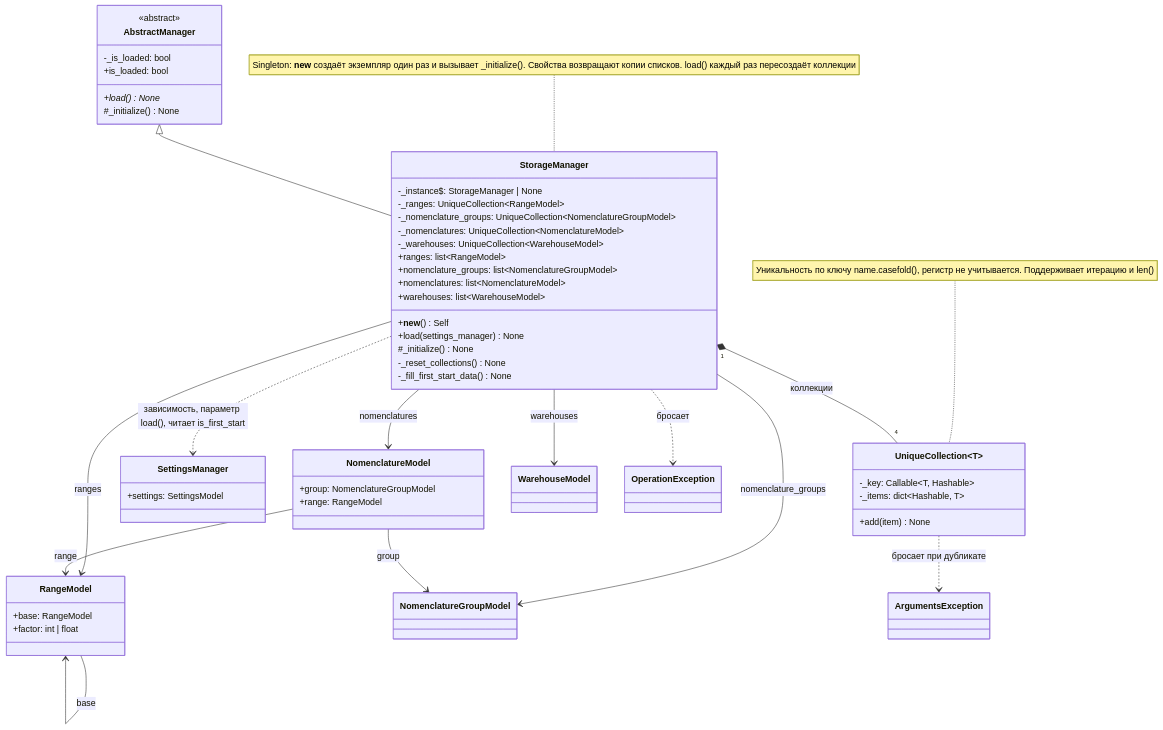
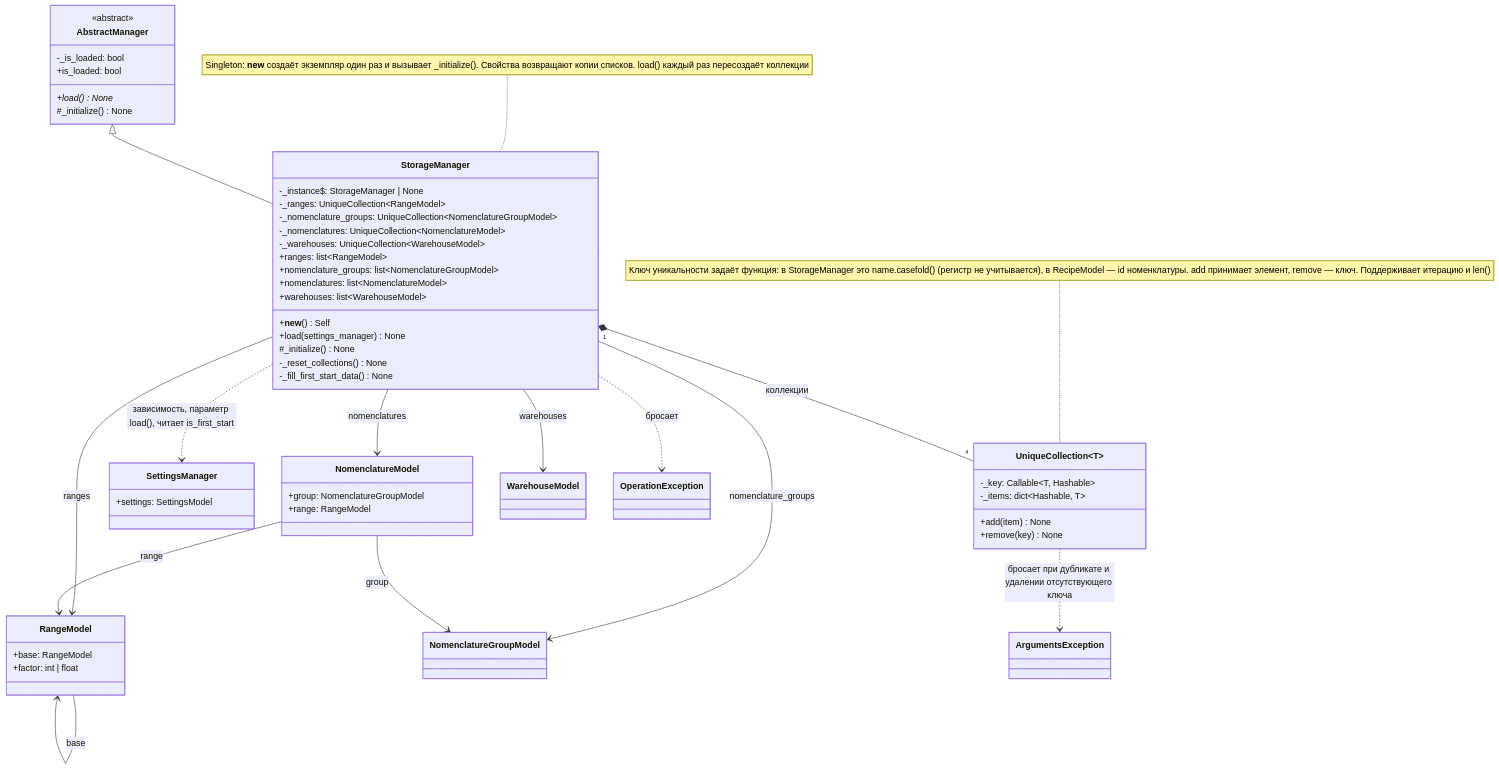
Before and after one commit to asutenshi/design-patterns: the fourth of 4 diagrams in Docs/ClassDiagram.md, drawn with Mermaid. The commit also changed other lines of this file and 6 other files, not shown here.

Commit message:
feat: add RecipeModel

````diff
--- a/Docs/ClassDiagram.md
+++ b/Docs/ClassDiagram.md
@@ -280,71 +301,72 @@
 ```mermaid
 classDiagram
     direction TB
 
     class AbstractManager {
         <<abstract>>
         -_is_loaded: bool
         +is_loaded: bool
         +load()* None
         #_initialize() None
     }
 
     class StorageManager {
         -_instance$: StorageManager | None
         -_ranges: UniqueCollection~RangeModel~
         -_nomenclature_groups: UniqueCollection~NomenclatureGroupModel~
         -_nomenclatures: UniqueCollection~NomenclatureModel~
         -_warehouses: UniqueCollection~WarehouseModel~
         +ranges: list~RangeModel~
         +nomenclature_groups: list~NomenclatureGroupModel~
         +nomenclatures: list~NomenclatureModel~
         +warehouses: list~WarehouseModel~
         +__new__() Self
         +load(settings_manager) None
         #_initialize() None
         -_reset_collections() None
         -_fill_first_start_data() None
     }
 
     note for StorageManager "Singleton: __new__ создаёт экземпляр один раз и вызывает _initialize(). Свойства возвращают копии списков. load() каждый раз пересоздаёт коллекции"
 
     class UniqueCollection~T~ {
         -_key: Callable~T, Hashable~
         -_items: dict~Hashable, T~
         +add(item) None
+        +remove(key) None
     }
 
-    note for UniqueCollection "Уникальность по ключу name.casefold(), регистр не учитывается. Поддерживает итерацию и len()"
+    note for UniqueCollection "Ключ уникальности задаёт функция: в StorageManager это name.casefold() (регистр не учитывается), в RecipeModel — id номенклатуры. add принимает элемент, remove — ключ. Поддерживает итерацию и len()"
 
     class SettingsManager {
         +settings: SettingsModel
     }
 
     class RangeModel {
         +base: RangeModel
         +factor: int | float
     }
 
     class NomenclatureModel {
         +group: NomenclatureGroupModel
         +range: RangeModel
     }
 
     class NomenclatureGroupModel
     class WarehouseModel
     class ArgumentsException
     class OperationException
 
     AbstractManager <|-- StorageManager
     StorageManager "1" *-- "4" UniqueCollection : коллекции
     StorageManager ..> SettingsManager : зависимость, параметр load(), читает is_first_start
     StorageManager --> RangeModel : ranges
     StorageManager --> NomenclatureGroupModel : nomenclature_groups
     StorageManager --> NomenclatureModel : nomenclatures
     StorageManager --> WarehouseModel : warehouses
     NomenclatureModel --> NomenclatureGroupModel : group
     NomenclatureModel --> RangeModel : range
     RangeModel --> RangeModel : base
-    UniqueCollection ..> ArgumentsException : бросает при дубликате
+    UniqueCollection ..> ArgumentsException : бросает при дубликате и удалении отсутствующего ключа
     StorageManager ..> OperationException : бросает
 ```
````
